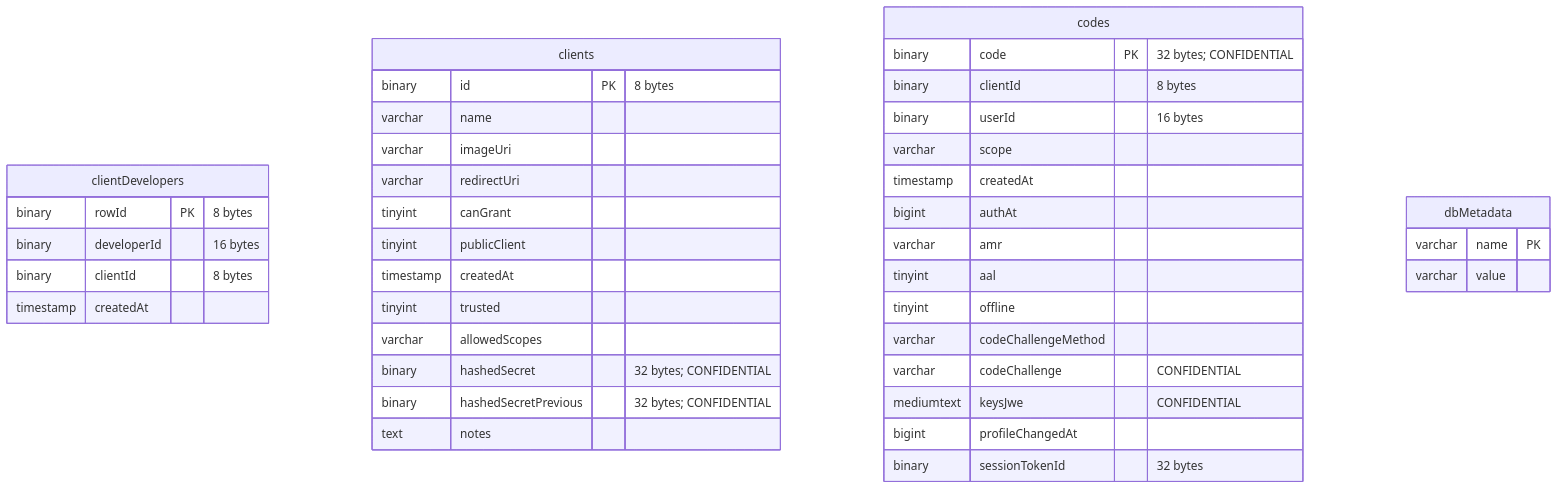
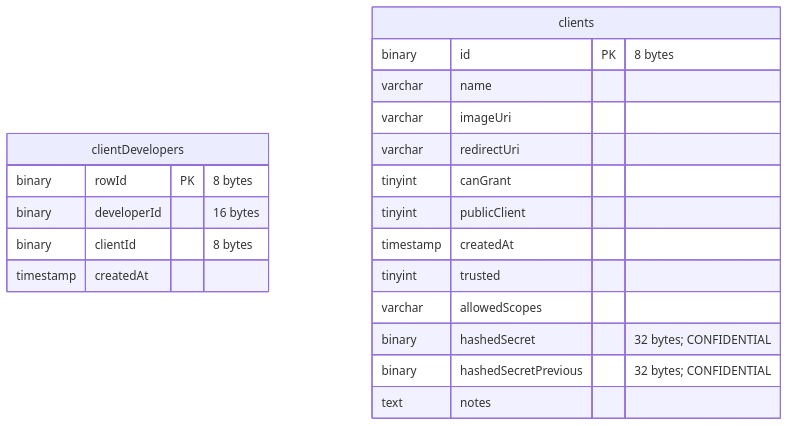
Before and after one commit to mozilla/ecosystem-platform: diagram 13 of 18 in docs/reference/database-structure.md, drawn with Mermaid. The commit also changed other lines of this file, not shown here.

````diff
--- a/docs/reference/database-structure.md
+++ b/docs/reference/database-structure.md
@@ -256,43 +296,23 @@
 ```mermaid
 erDiagram
     clientDevelopers {
         binary rowId PK "8 bytes"
         binary developerId "16 bytes"
         binary clientId "8 bytes"
         timestamp createdAt
     }
     clients {
         binary id PK "8 bytes"
         varchar name
         varchar imageUri
         varchar redirectUri
         tinyint canGrant
         tinyint publicClient
         timestamp createdAt
         tinyint trusted
         varchar allowedScopes
         binary hashedSecret "32 bytes; CONFIDENTIAL"
         binary hashedSecretPrevious "32 bytes; CONFIDENTIAL"
         text notes
     }
-    codes {
-        binary code PK "32 bytes; CONFIDENTIAL"
-        binary clientId "8 bytes"
-        binary userId "16 bytes"
-        varchar scope
-        timestamp createdAt
-        bigint authAt
-        varchar amr
-        tinyint aal
-        tinyint offline
-        varchar codeChallengeMethod
-        varchar codeChallenge "CONFIDENTIAL"
-        mediumtext keysJwe "CONFIDENTIAL"
-        bigint profileChangedAt
-        binary sessionTokenId "32 bytes"
-    }
-    dbMetadata {
-        varchar name PK
-        varchar value
-    }
 ```
````
